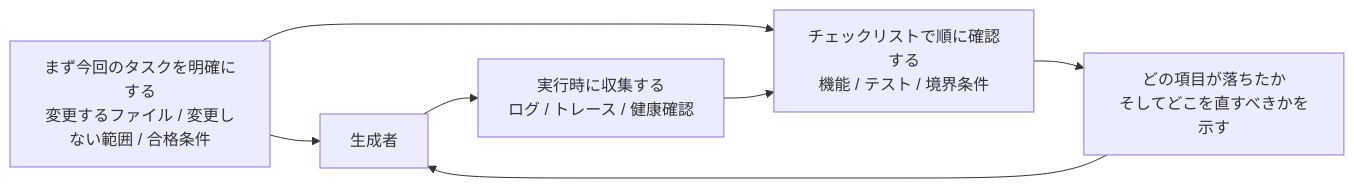
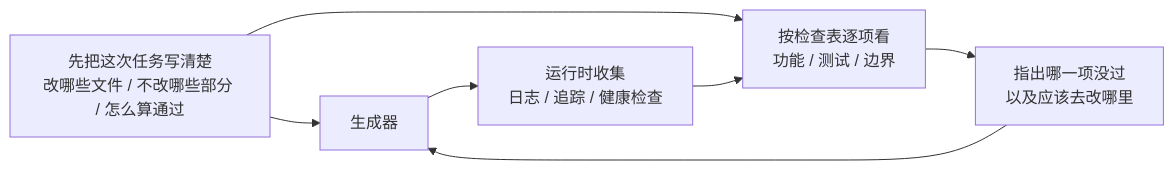
One commit to mkusaka/learn-harness-engineering changed the diagram in docs/zh/lectures/lecture-11-why-observability-belongs-inside-the-harness/index.md. Above: the diagram before and after it, drawn with Mermaid. The commit also changed other lines of this file and 684 other files, not shown here.

````diff
--- a/docs/zh/lectures/lecture-11-why-observability-belongs-inside-the-harness/index.md
+++ b/docs/zh/lectures/lecture-11-why-observability-belongs-inside-the-harness/index.md
@@ -40,9 +40,9 @@
 ```mermaid
 flowchart LR
-    Contract["まず今回のタスクを明確にする<br/>変更するファイル / 変更しない範囲 / 合格条件"] --> Generator["生成者"]
-    Generator --> Signals["実行時に収集する<br/>ログ / トレース / 健康確認"]
-    Contract --> Review["チェックリストで順に確認する<br/>機能 / テスト / 境界条件"]
+    Contract["先把这次任务写清楚<br/>改哪些文件 / 不改哪些部分 / 怎么算通过"] --> Generator["生成器"]
+    Generator --> Signals["运行时收集<br/>日志 / 追踪 / 健康检查"]
+    Contract --> Review["按检查表逐项看<br/>功能 / 测试 / 边界"]
     Signals --> Review
-    Review --> Verdict["どの項目が落ちたか<br/>そしてどこを直すべきかを示す"]
+    Review --> Verdict["指出哪一项没过<br/>以及应该去改哪里"]
     Verdict --> Generator
 ```
````
